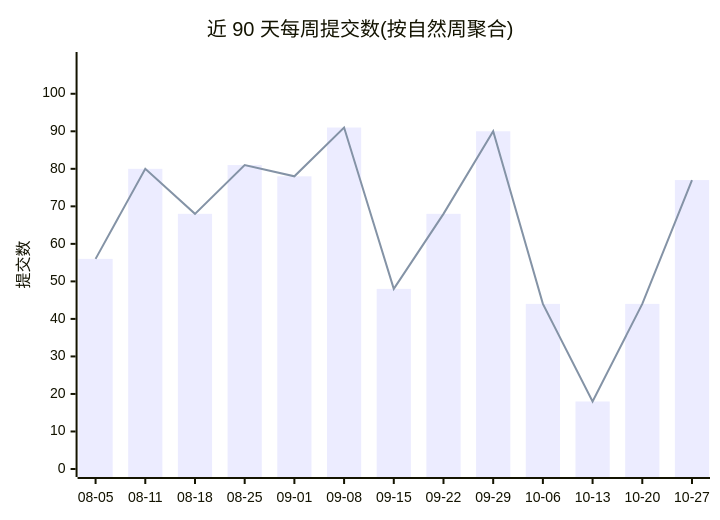
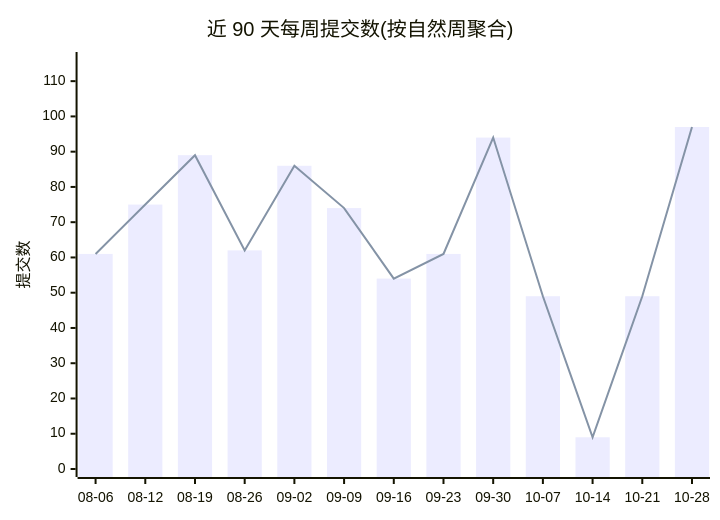
One commit to Conflux-Union/.github changed the first of 2 diagrams in profile/README.md. Above: the diagram before and after it, drawn with Mermaid. The commit also changed other lines of this file and 1 other file, not shown here.

````diff
--- a/profile/README.md
+++ b/profile/README.md
@@ -47,8 +47,8 @@
 ```mermaid
 xychart-beta
     title "近 90 天每周提交数(按自然周聚合)"
-    x-axis ["08-05", "08-11", "08-18", "08-25", "09-01", "09-08", "09-15", "09-22", "09-29", "10-06", "10-13", "10-20", "10-27"]
-    y-axis "提交数" 0 --> 109
-    bar [56, 80, 68, 81, 78, 91, 48, 68, 90, 44, 18, 44, 77]
-    line [56, 80, 68, 81, 78, 91, 48, 68, 90, 44, 18, 44, 77]
+    x-axis ["08-06", "08-12", "08-19", "08-26", "09-02", "09-09", "09-16", "09-23", "09-30", "10-07", "10-14", "10-21", "10-28"]
+    y-axis "提交数" 0 --> 116
+    bar [61, 75, 89, 62, 86, 74, 54, 61, 94, 49, 9, 49, 97]
+    line [61, 75, 89, 62, 86, 74, 54, 61, 94, 49, 9, 49, 97]
 ```
````
